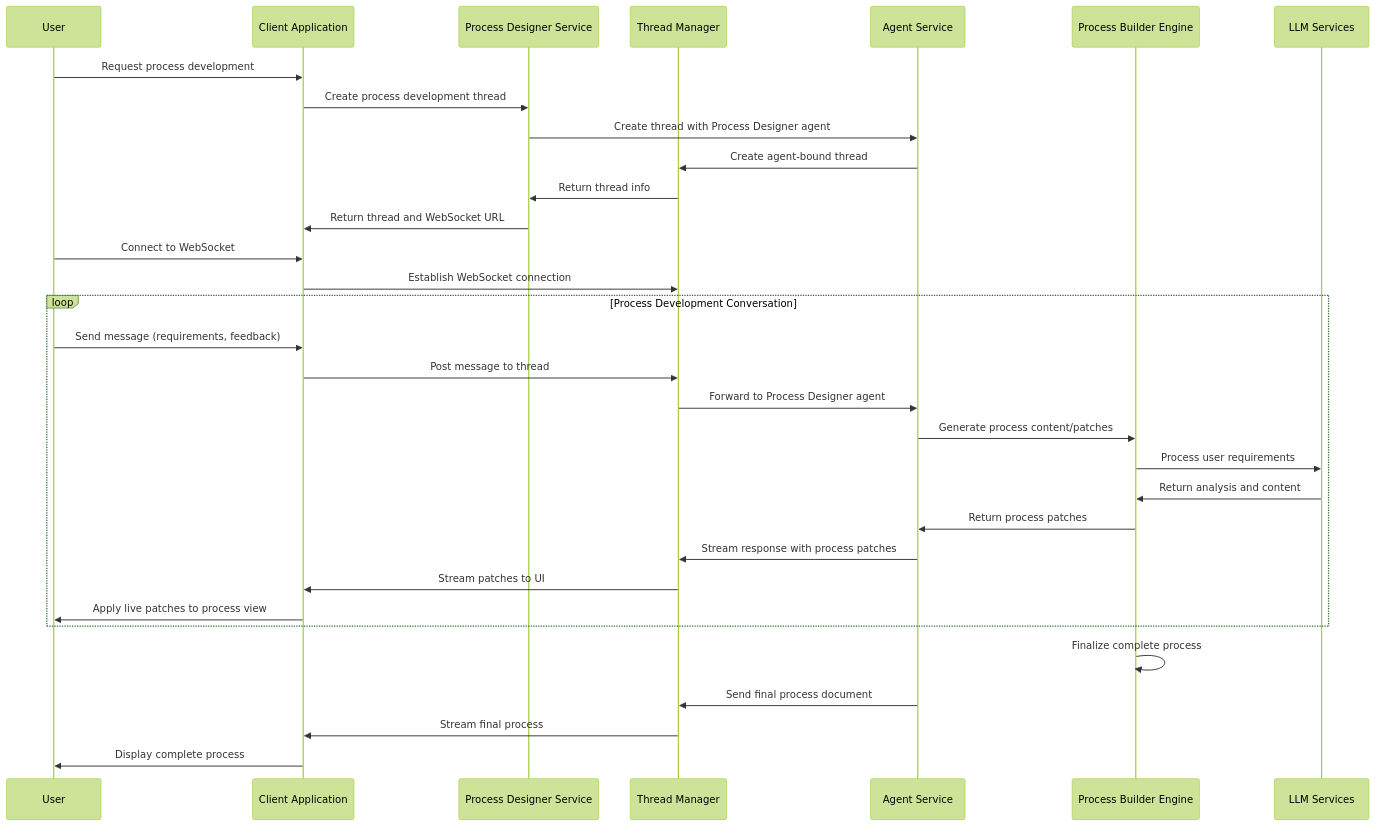
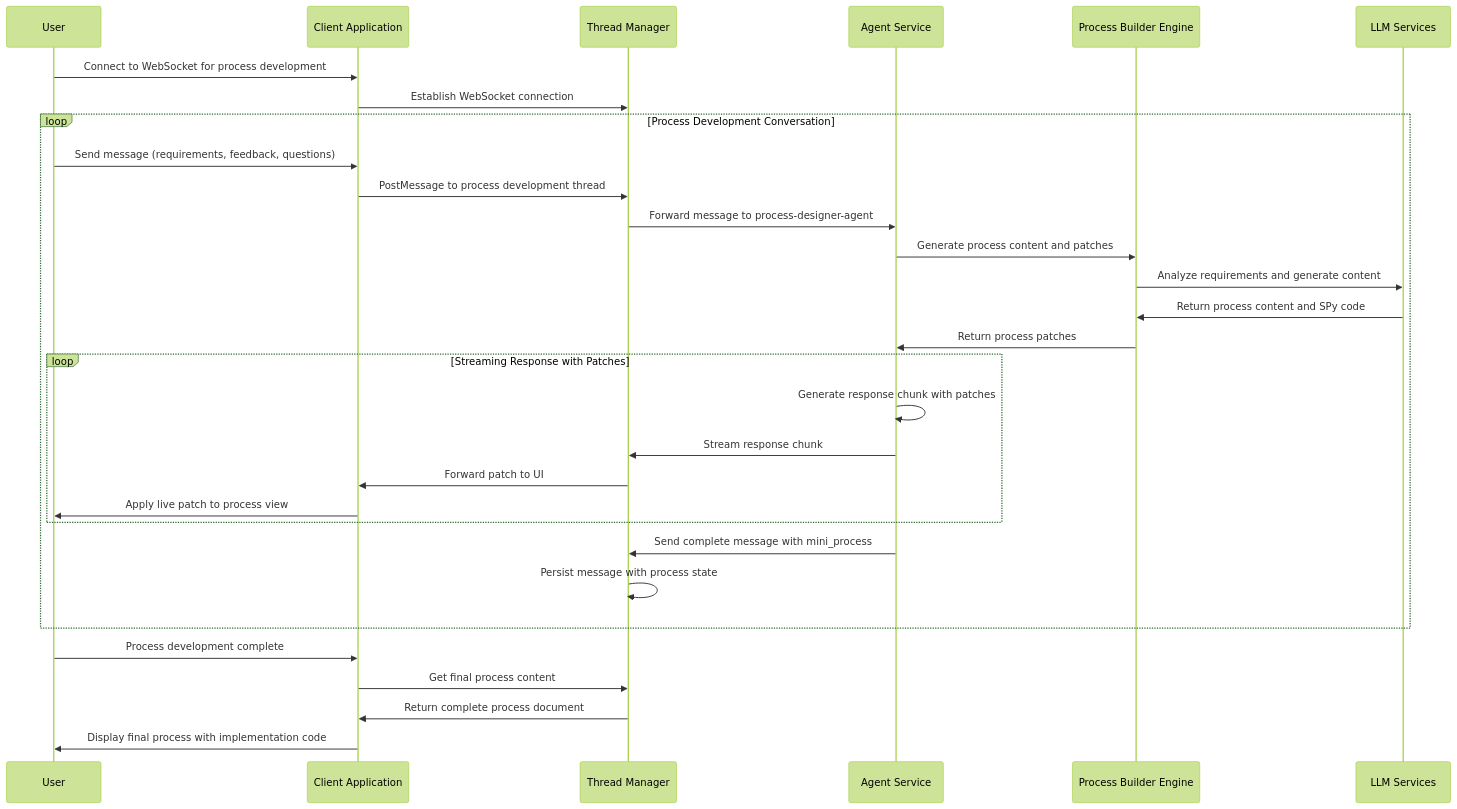
The second of 2 diagrams in docs/chat-agent-services/process-designer.md (3miliano/voyager-architecture), drawn with Mermaid (forest theme) before and after one commit. The commit also changed other lines of this file, not shown here.

First line of the commit message:
Update Process Designer data flows and REST APIs

````diff
--- a/docs/chat-agent-services/process-designer.md
+++ b/docs/chat-agent-services/process-designer.md
@@ -104,40 +124,38 @@
 ```mermaid
 sequenceDiagram
     participant User as User
     participant Client as Client Application
-    participant ProcessDesigner as Process Designer Service
     participant ThreadMgr as Thread Manager
     participant AgentSvc as Agent Service
     participant ProcessBuilder as Process Builder Engine
     participant LLM as LLM Services
 
-    User->>Client: Request process development
-    Client->>ProcessDesigner: Create process development thread
-    ProcessDesigner->>AgentSvc: Create thread with Process Designer agent
-    AgentSvc->>ThreadMgr: Create agent-bound thread
-    ThreadMgr->>ProcessDesigner: Return thread info
-    ProcessDesigner->>Client: Return thread and WebSocket URL
-    
-    User->>Client: Connect to WebSocket
+    User->>Client: Connect to WebSocket for process development
     Client->>ThreadMgr: Establish WebSocket connection
     
     loop Process Development Conversation
-        User->>Client: Send message (requirements, feedback)
-        Client->>ThreadMgr: Post message to thread
-        ThreadMgr->>AgentSvc: Forward to Process Designer agent
+        User->>Client: Send message (requirements, feedback, questions)
+        Client->>ThreadMgr: PostMessage to process development thread
+        ThreadMgr->>AgentSvc: Forward message to process-designer-agent
         
-        AgentSvc->>ProcessBuilder: Generate process content/patches
-        ProcessBuilder->>LLM: Process user requirements
-        LLM->>ProcessBuilder: Return analysis and content
+        AgentSvc->>ProcessBuilder: Generate process content and patches
+        ProcessBuilder->>LLM: Analyze requirements and generate content
+        LLM->>ProcessBuilder: Return process content and SPy code
         ProcessBuilder->>AgentSvc: Return process patches
         
-        AgentSvc->>ThreadMgr: Stream response with process patches
-        ThreadMgr->>Client: Stream patches to UI
-        Client->>User: Apply live patches to process view
+        loop Streaming Response with Patches
+            AgentSvc->>AgentSvc: Generate response chunk with patches
+            AgentSvc->>ThreadMgr: Stream response chunk
+            ThreadMgr->>Client: Forward patch to UI
+            Client->>User: Apply live patch to process view
+        end
+        
+        AgentSvc->>ThreadMgr: Send complete message with mini_process
+        ThreadMgr->>ThreadMgr: Persist message with process state
     end
     
-    ProcessBuilder->>ProcessBuilder: Finalize complete process
-    AgentSvc->>ThreadMgr: Send final process document
-    ThreadMgr->>Client: Stream final process
-    Client->>User: Display complete process
+    User->>Client: Process development complete
+    Client->>ThreadMgr: Get final process content
+    ThreadMgr->>Client: Return complete process document
+    Client->>User: Display final process with implementation code
 ```
````
